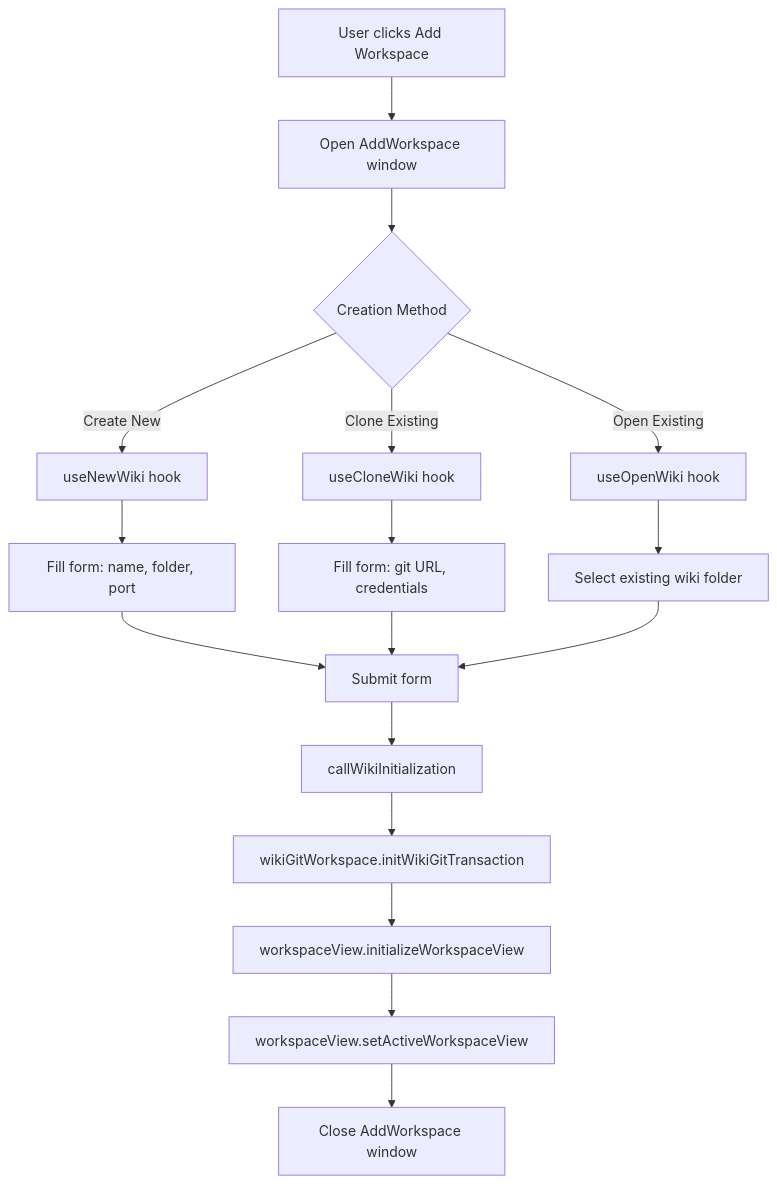
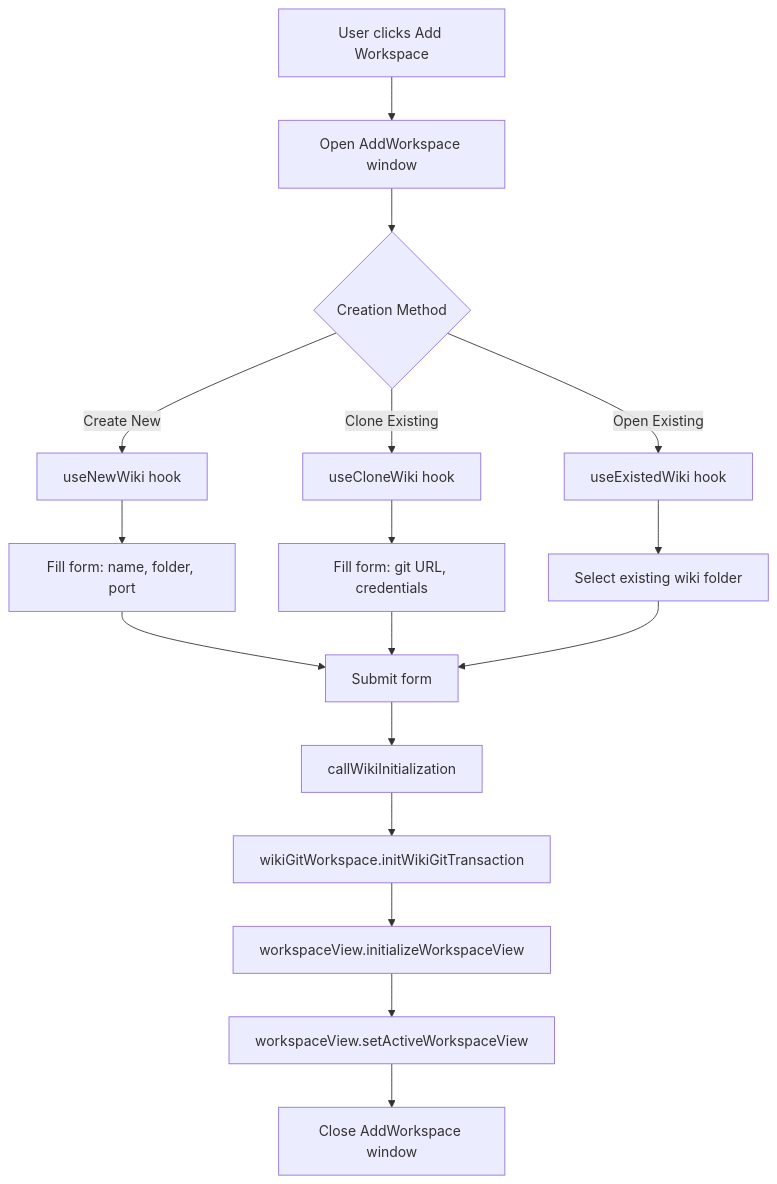
The second of 2 diagrams in docs/features/WikiWorkspaceCreation.md (tiddly-gittly/TidGi-Desktop), drawn with Mermaid before and after one commit. The commit also changed other lines of this file and 24 other files, not shown here.

````diff
--- a/docs/features/WikiWorkspaceCreation.md
+++ b/docs/features/WikiWorkspaceCreation.md
@@ -170,23 +66,23 @@
 ```mermaid
 flowchart TD
     A[User clicks Add Workspace] --> B[Open AddWorkspace window]
     B --> C{Creation Method}
     
     C -->|Create New| D[useNewWiki hook]
     C -->|Clone Existing| E[useCloneWiki hook]
-    C -->|Open Existing| F[useOpenWiki hook]
+    C -->|Open Existing| F[useExistedWiki hook]
     
     D --> G[Fill form: name, folder, port]
     E --> H[Fill form: git URL, credentials]
     F --> I[Select existing wiki folder]
     
     G --> J[Submit form]
     H --> J
     I --> J
     
     J --> K[callWikiInitialization]
     K --> L[wikiGitWorkspace.initWikiGitTransaction]
     L --> M[workspaceView.initializeWorkspaceView]
     M --> N[workspaceView.setActiveWorkspaceView]
     N --> O[Close AddWorkspace window]
 ```
````
